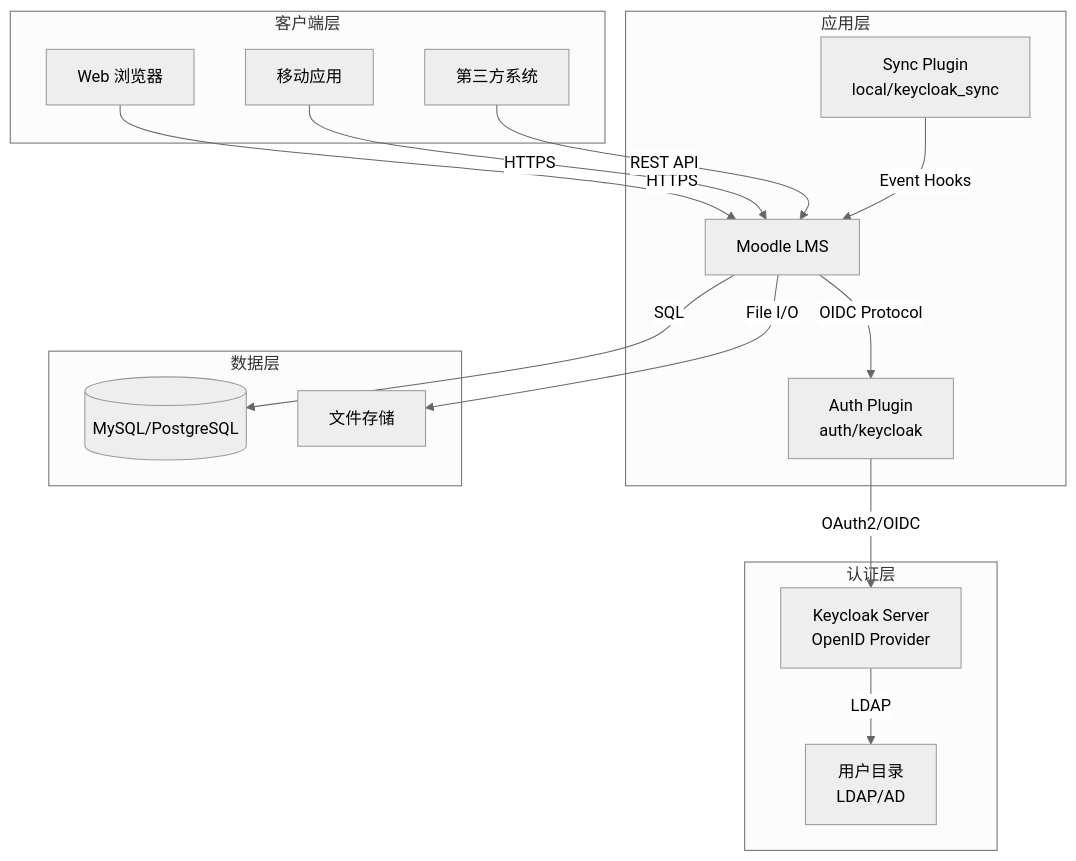
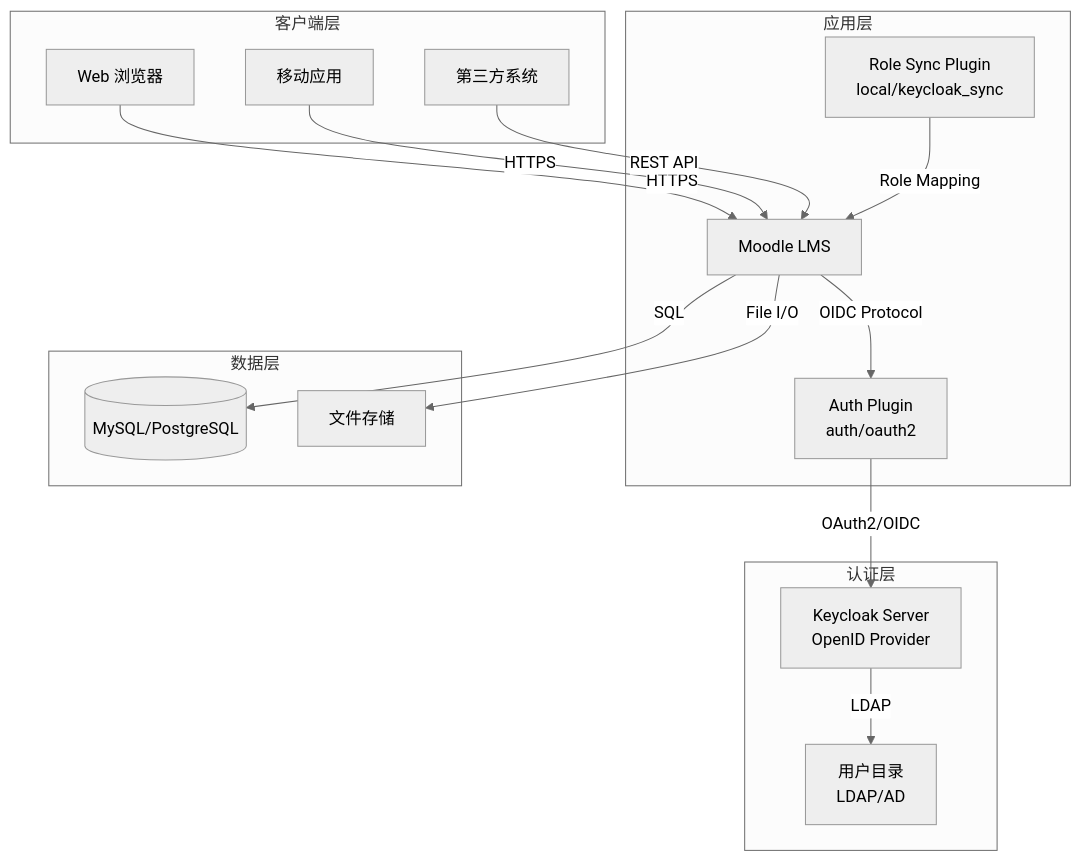
One commit to RENsir03/Moodle changed the diagram in README.md. Above: the diagram before and after it, drawn with Mermaid (neutral theme). The commit also changed other lines of this file and 2 other files, not shown here.

First line of the commit message:
feat: Add Keycloak role mapping integration

````diff
--- a/README.md
+++ b/README.md
@@ -81,34 +127,34 @@
 ```mermaid
 graph TB
     subgraph "客户端层"
         A[Web 浏览器]
         B[移动应用]
         C[第三方系统]
     end
     
     subgraph "应用层"
         D[Moodle LMS]
-        E[Auth Plugin<br/>auth/keycloak]
-        F[Sync Plugin<br/>local/keycloak_sync]
+        E[Auth Plugin<br/>auth/oauth2]
+        F[Role Sync Plugin<br/>local/keycloak_sync]
     end
     
     subgraph "认证层"
         G[Keycloak Server<br/>OpenID Provider]
         H[用户目录<br/>LDAP/AD]
     end
     
     subgraph "数据层"
         I[(MySQL/PostgreSQL)]
         J[文件存储]
     end
     
     A -->|HTTPS| D
     B -->|HTTPS| D
     C -->|REST API| D
     D -->|OIDC Protocol| E
     E -->|OAuth2/OIDC| G
-    F -->|Event Hooks| D
+    F -->|Role Mapping| D
     G -->|LDAP| H
     D -->|SQL| I
     D -->|File I/O| J
 ```
````
